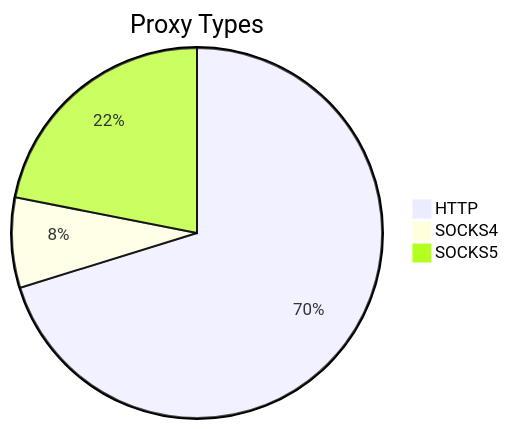
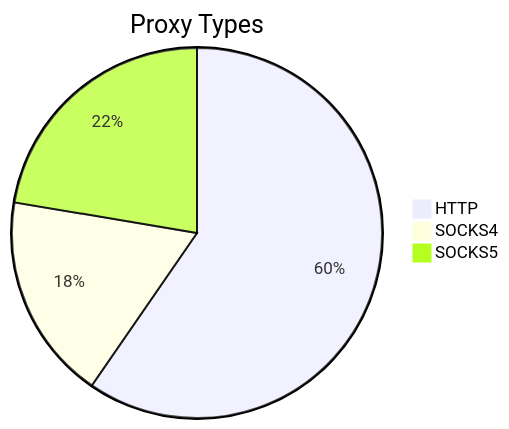
Before and after one commit to stormsia/proxy-list: the first of 2 diagrams in README.md, drawn with Mermaid. The commit also changed other lines of this file, not shown here.

````diff
--- a/README.md
+++ b/README.md
@@ -21,6 +21,6 @@
 ```mermaid
 pie title Proxy Types
-    "HTTP" : 250
-    "SOCKS4" : 28
-    "SOCKS5" : 78
+    "HTTP" : 304
+    "SOCKS4" : 92
+    "SOCKS5" : 114
 ```
````
